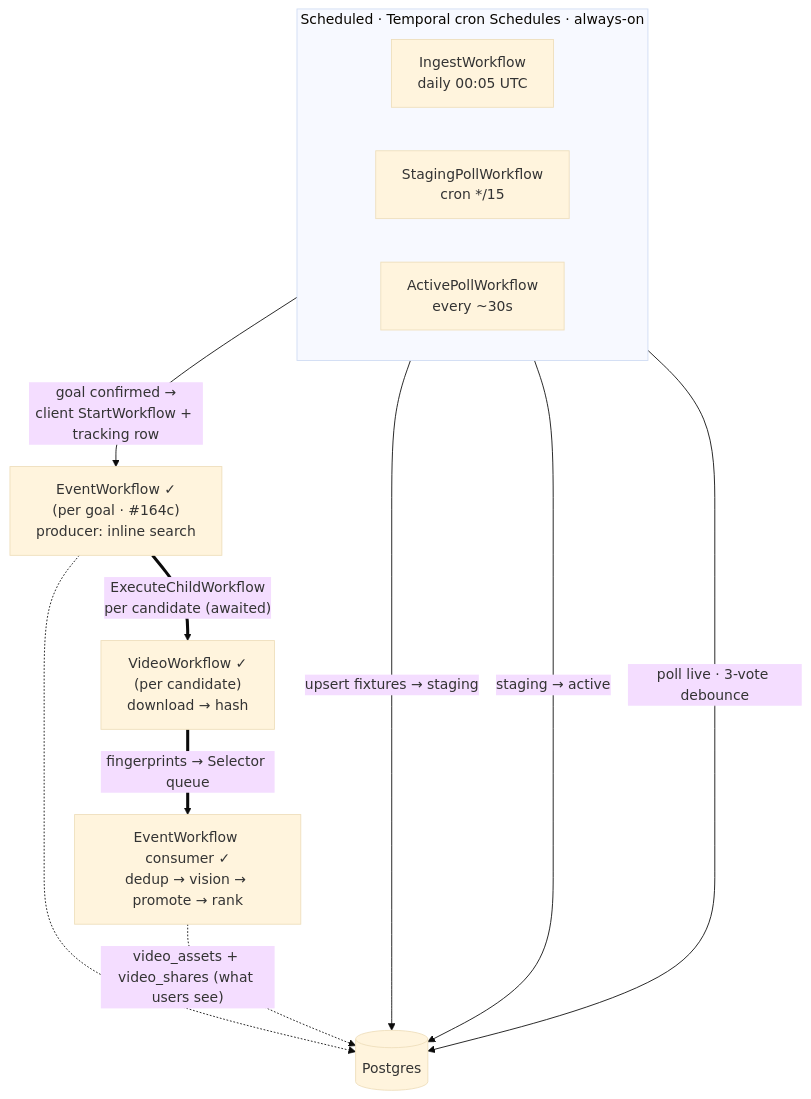
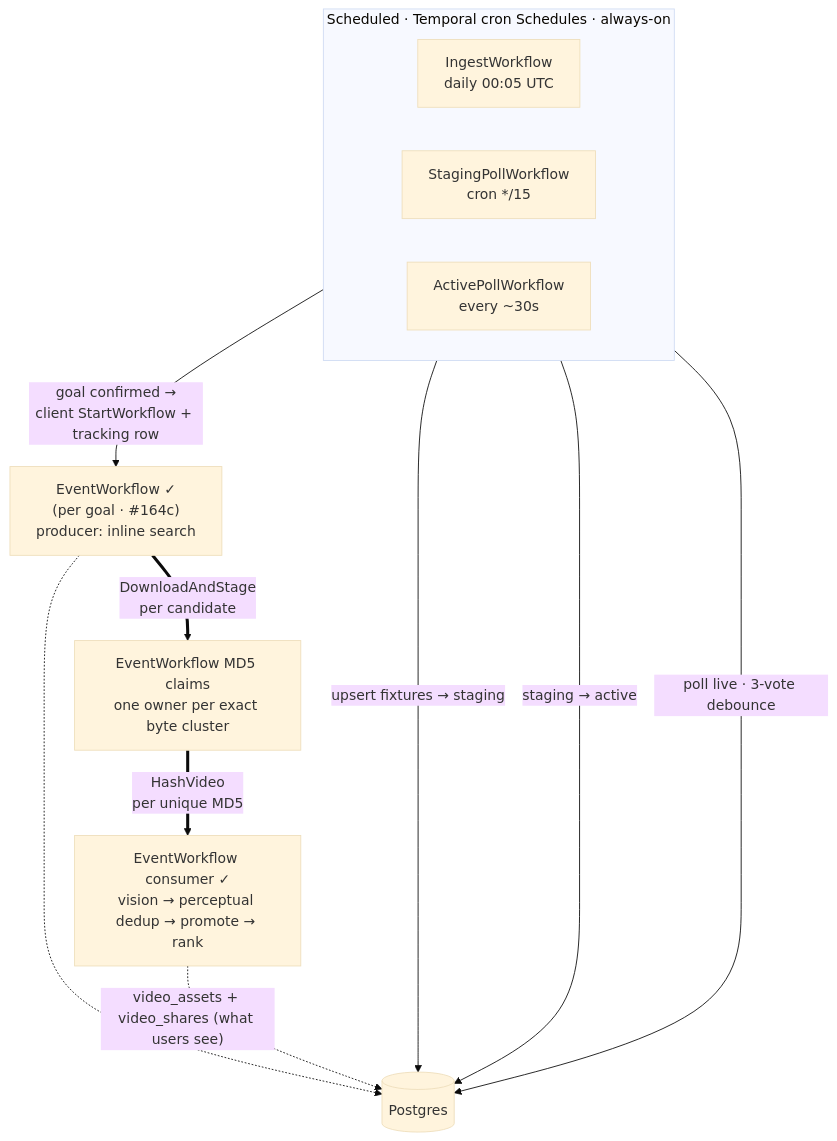
The diagram in docs/orchestration.md (vedantadhobley/found-footy), drawn with Mermaid (base theme) before and after one commit. The commit also changed other lines of this file and 11 other files, not shown here.

Commit message:
fix(workflow): claim exact content before hashing

````diff
--- a/docs/orchestration.md
+++ b/docs/orchestration.md
@@ -58,20 +62,20 @@
 ```mermaid
 flowchart TD
     subgraph S["Scheduled · Temporal cron Schedules · always-on"]
         direction LR
         Ingest["IngestWorkflow<br/>daily 00:05 UTC"]
         Staging["StagingPollWorkflow<br/>cron */15"]
         Active["ActivePollWorkflow<br/>every ~30s"]
     end
 
     Ingest -->|"upsert fixtures → staging"| PG[("Postgres")]
     Staging -->|"staging → active"| PG
     Active -->|"poll live · 3-vote debounce"| PG
 
     Active -->|"goal confirmed →<br/>client StartWorkflow + tracking row"| Disc["EventWorkflow ✓<br/>(per goal · #164c)<br/>producer: inline search"]
-    Disc ==>|"ExecuteChildWorkflow<br/>per candidate (awaited)"| Vid["VideoWorkflow ✓<br/>(per candidate)<br/>download → hash"]
-    Vid ==>|"fingerprints → Selector queue"| Q["EventWorkflow consumer ✓<br/>dedup → vision → promote → rank"]
+    Disc ==>|"DownloadAndStage<br/>per candidate"| Claim["EventWorkflow MD5 claims<br/>one owner per exact byte cluster"]
+    Claim ==>|"HashVideo<br/>per unique MD5"| Q["EventWorkflow consumer ✓<br/>vision → perceptual dedup → promote → rank"]
 
     Disc -.-> PG
     Q -.->|"video_assets + video_shares (what users see)"| PG
 ```
````
